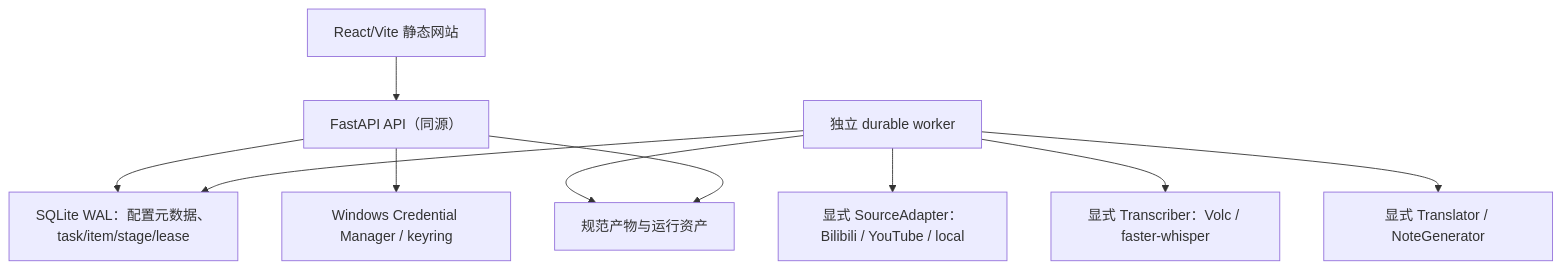
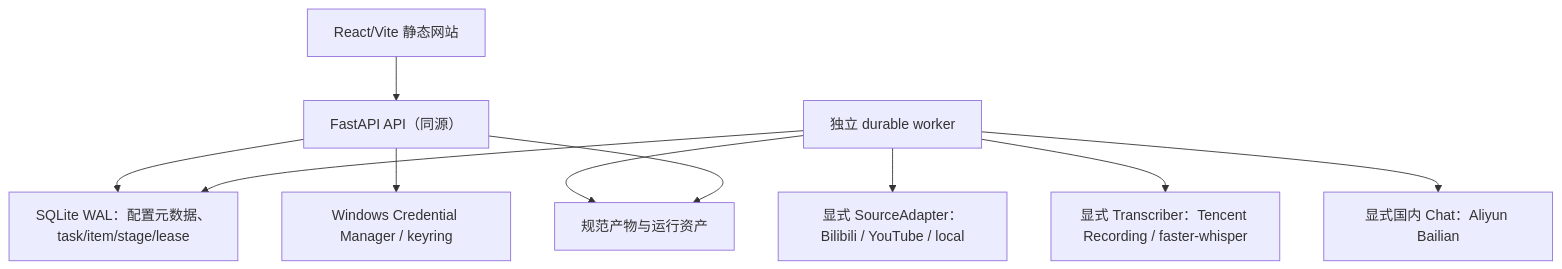
Before and after one commit to Liwj-0106/VtNote: the diagram in docs/technical-decisions.md, drawn with Mermaid. The commit also changed other lines of this file and 8 other files, not shown here.

````diff
--- a/docs/technical-decisions.md
+++ b/docs/technical-decisions.md
@@ -20,12 +21,12 @@
 ```mermaid
 flowchart TB
     UI["React/Vite 静态网站"] --> API["FastAPI API（同源）"]
     API --> DB["SQLite WAL：配置元数据、task/item/stage/lease"]
     API --> KEY["Windows Credential Manager / keyring"]
     WORKER["独立 durable worker"] --> DB
     WORKER --> SRC["显式 SourceAdapter：Bilibili / YouTube / local"]
-    WORKER --> ASR["显式 Transcriber：Volc / faster-whisper"]
-    WORKER --> AI["显式 Translator / NoteGenerator"]
+    WORKER --> ASR["显式 Transcriber：Tencent Recording / faster-whisper"]
+    WORKER --> AI["显式国内 Chat：Aliyun Bailian"]
     WORKER --> STORE["规范产物与运行资产"]
     API --> STORE
 ```
````
